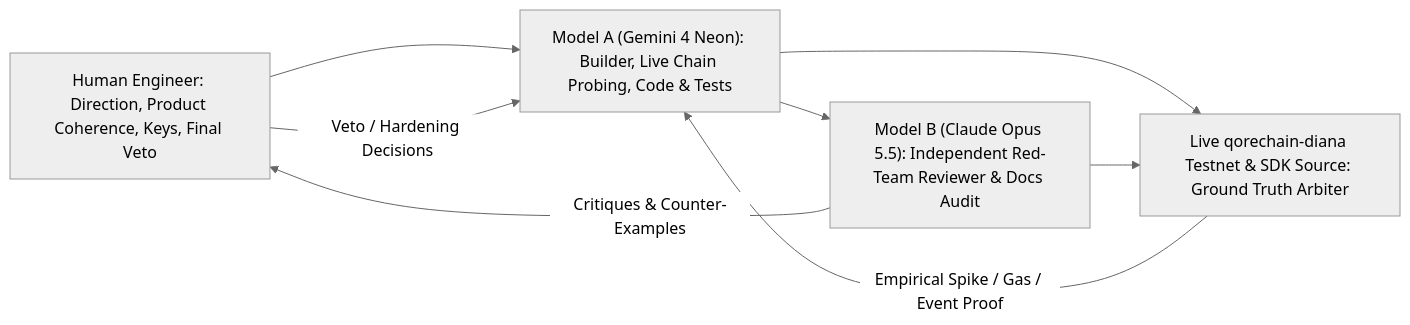
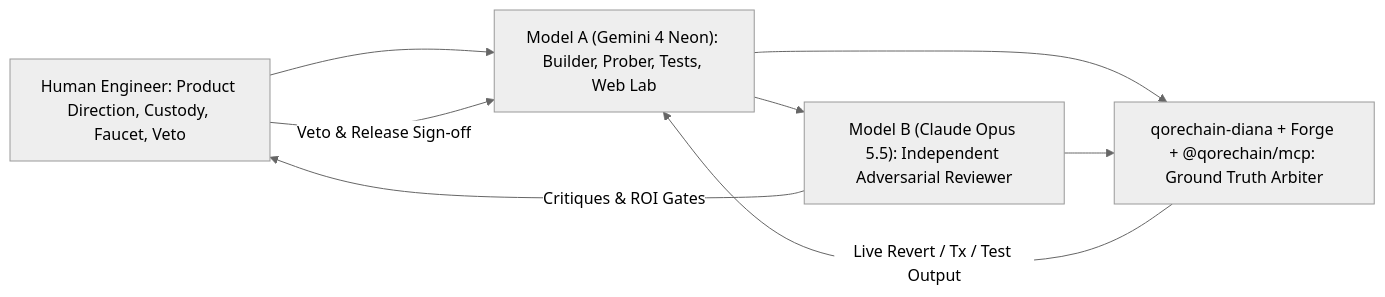
The diagram in AI_USAGE.md (agvswira/attenua), drawn with Mermaid (neutral theme) before and after one commit. The commit also changed other lines of this file and 28 other files, not shown here.

Commit message:
feat: add Epoch 2 standing tree, Foundry/differential tests, Attack Lab, MCP/CBOM & live LLM benchmark

````diff
--- a/AI_USAGE.md
+++ b/AI_USAGE.md
@@ -22,15 +24,15 @@
 ```mermaid
 flowchart LR
-  H["Human Engineer: Direction, Product Coherence, Keys, Final Veto"]
-  M1["Model A (Gemini 4 Neon): Builder, Live Chain Probing, Code & Tests"]
-  M2["Model B (Claude Opus 5.5): Independent Red-Team Reviewer & Docs Audit"]
-  C["Live qorechain-diana Testnet & SDK Source: Ground Truth Arbiter"]
+  H["Human Engineer: Product Direction, Custody, Faucet, Veto"]
+  M1["Model A (Gemini 4 Neon): Builder, Prober, Tests, Web Lab"]
+  M2["Model B (Claude Opus 5.5): Independent Adversarial Reviewer"]
+  C["qorechain-diana + Forge + @qorechain/mcp: Ground Truth Arbiter"]
 
   H --> M1
   M1 --> M2
-  M2 -->|Critiques & Counter-Examples| H
-  H -->|Veto / Hardening Decisions| M1
+  M2 -->|Critiques & ROI Gates| H
+  H -->|Veto & Release Sign-off| M1
   M1 --> C
   M2 --> C
-  C -->|Empirical Spike / Gas / Event Proof| M1
+  C -->|Live Revert / Tx / Test Output| M1
 ```
````
